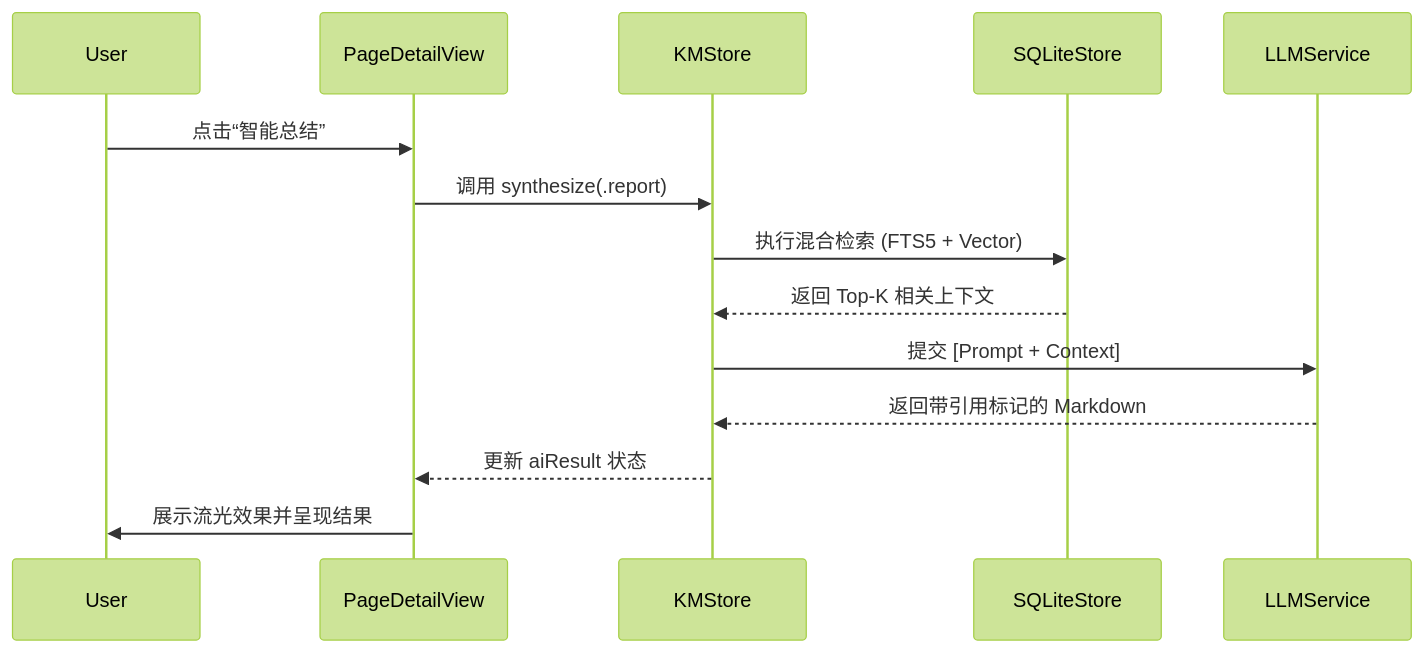
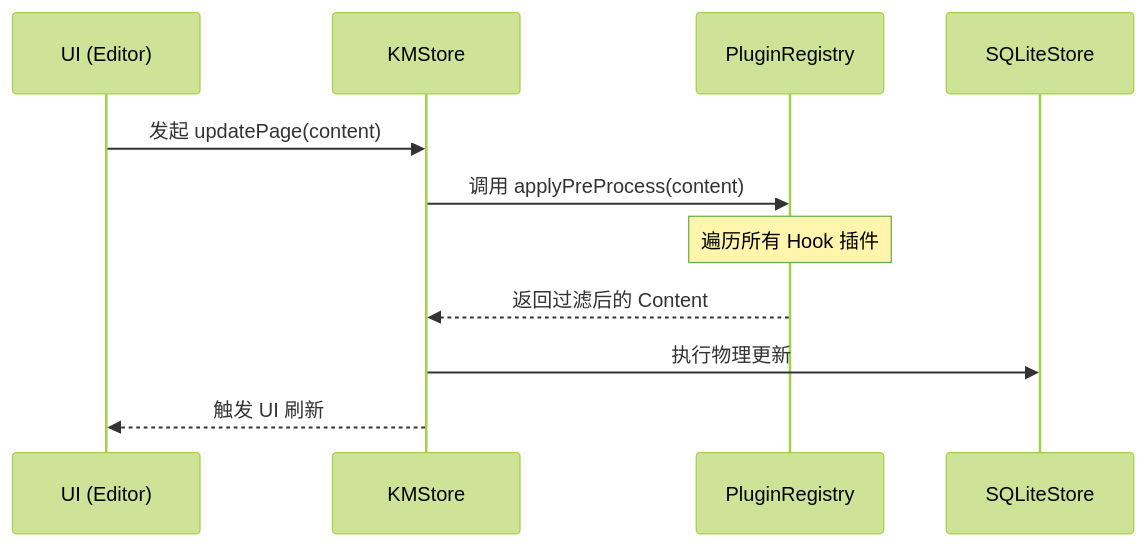
One commit to wangchong2023/KnowledgeBase changed the second of 3 diagrams in docs/ARCHITECTURE.md. Above: the diagram before and after it, drawn with Mermaid (forest theme). The commit also changed other lines of this file and 279 other files, not shown here.

````diff
--- a/docs/ARCHITECTURE.md
+++ b/docs/ARCHITECTURE.md
@@ -54,17 +64,14 @@
 ```mermaid
 sequenceDiagram
-    participant User
-    participant View as PageDetailView
-    participant Store as KMStore
-    participant RAG as SQLiteStore
-    participant AI as LLMService
-    
-    User->>View: 点击“智能总结”
-    View->>Store: 调用 synthesize(.report)
-    Store->>RAG: 执行混合检索 (FTS5 + Vector)
-    RAG-->>Store: 返回 Top-K 相关上下文
-    Store->>AI: 提交 [Prompt + Context]
-    AI-->>Store: 返回带引用标记的 Markdown
-    Store-->>View: 更新 aiResult 状态
-    View->>User: 展示流光效果并呈现结果
+    participant User as UI (Editor)
+    participant KM as KMStore
+    participant PR as PluginRegistry
+    participant DB as SQLiteStore
+
+    User->>KM: 发起 updatePage(content)
+    KM->>PR: 调用 applyPreProcess(content)
+    Note over PR: 遍历所有 Hook 插件
+    PR-->>KM: 返回过滤后的 Content
+    KM->>DB: 执行物理更新
+    KM-->>User: 触发 UI 刷新
 ```
````
